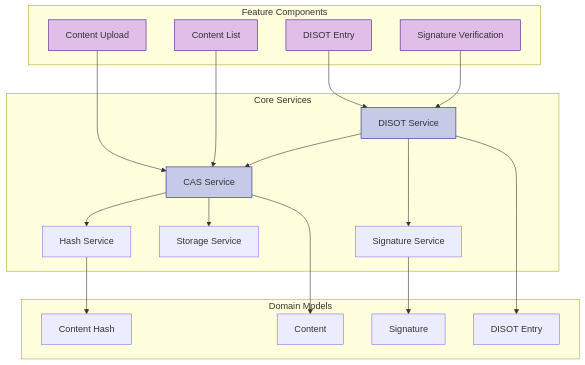
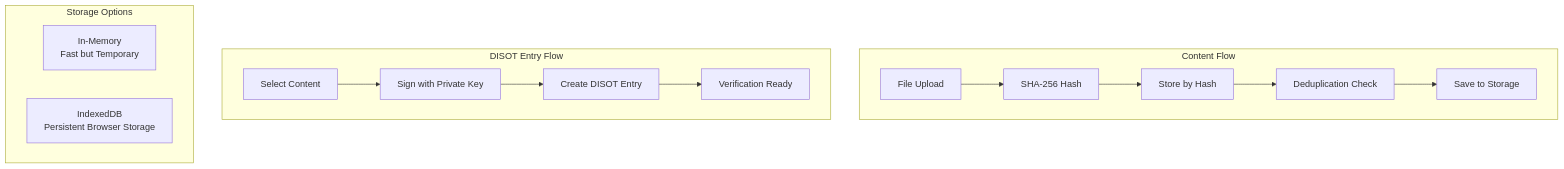
Before and after one commit to o2alexanderfedin/angular-cas-disot: the fifth of 6 diagrams in docs/architecture/overview.md, drawn with Mermaid. The commit also changed other lines of this file and 18 other files, not shown here.

````diff
--- a/docs/architecture/overview.md
+++ b/docs/architecture/overview.md
@@ -135,46 +134,20 @@
 ```mermaid
 graph TD
-    subgraph "Feature Components"
-        CU[Content Upload]
-        CL[Content List]
-        DE[DISOT Entry]
-        SV[Signature Verification]
+    subgraph "Content Flow"
+        FILE[File Upload] --> HASH[SHA-256 Hash]
+        HASH --> STORE[Store by Hash]
+        STORE --> DEDUP[Deduplication Check]
+        DEDUP --> SAVE[Save to Storage]
     end
     
-    subgraph "Core Services"
-        CAS[CAS Service]
-        DISOT[DISOT Service]
-        HASH[Hash Service]
-        SIG[Signature Service]
-        STORAGE[Storage Service]
+    subgraph "DISOT Entry Flow"
+        CONTENT[Select Content] --> SIGN[Sign with Private Key]
+        SIGN --> ENTRY[Create DISOT Entry]
+        ENTRY --> VERIFY[Verification Ready]
     end
     
-    subgraph "Domain Models"
-        CONTENT[Content]
-        ENTRY[DISOT Entry]
-        SIG_MODEL[Signature]
-        HASH_MODEL[Content Hash]
+    subgraph "Storage Options"
+        MEM[In-Memory<br/>Fast but Temporary]
+        IDB2[IndexedDB<br/>Persistent Browser Storage]
     end
-    
-    CU --> CAS
-    CL --> CAS
-    DE --> DISOT
-    SV --> DISOT
-    
-    CAS --> HASH
-    CAS --> STORAGE
-    DISOT --> CAS
-    DISOT --> SIG
-    
-    CAS --> CONTENT
-    DISOT --> ENTRY
-    SIG --> SIG_MODEL
-    HASH --> HASH_MODEL
-    
-    style CU fill:#e1bee7,stroke:#4a148c
-    style CL fill:#e1bee7,stroke:#4a148c
-    style DE fill:#e1bee7,stroke:#4a148c
-    style SV fill:#e1bee7,stroke:#4a148c
-    style CAS fill:#c5cae9,stroke:#1a237e
-    style DISOT fill:#c5cae9,stroke:#1a237e
 ```
````
